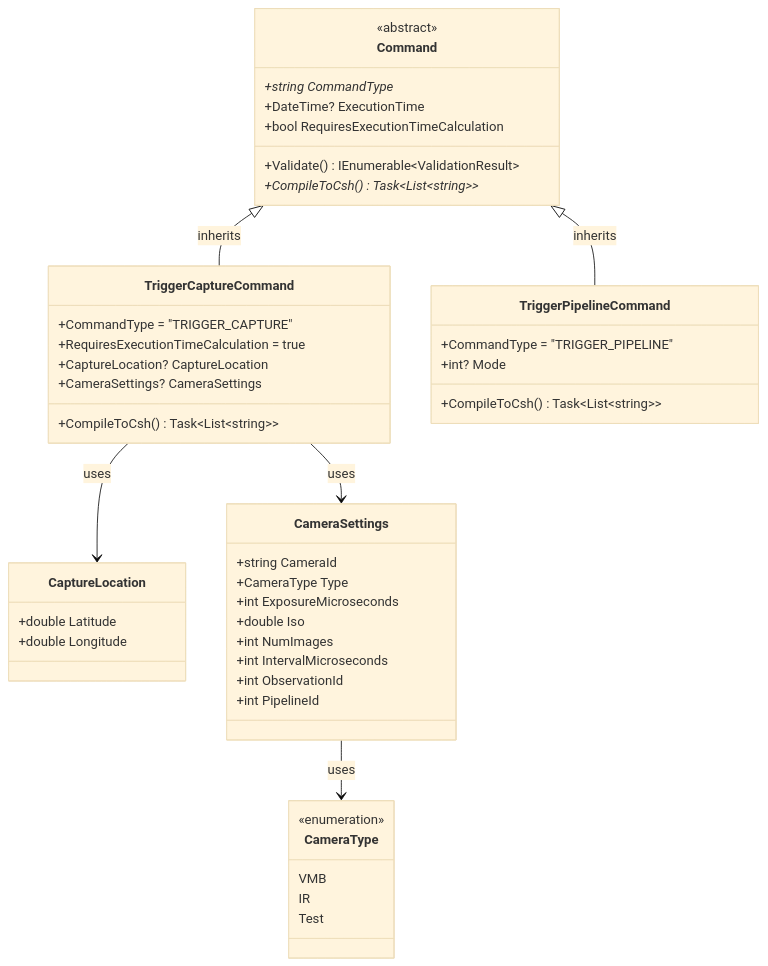
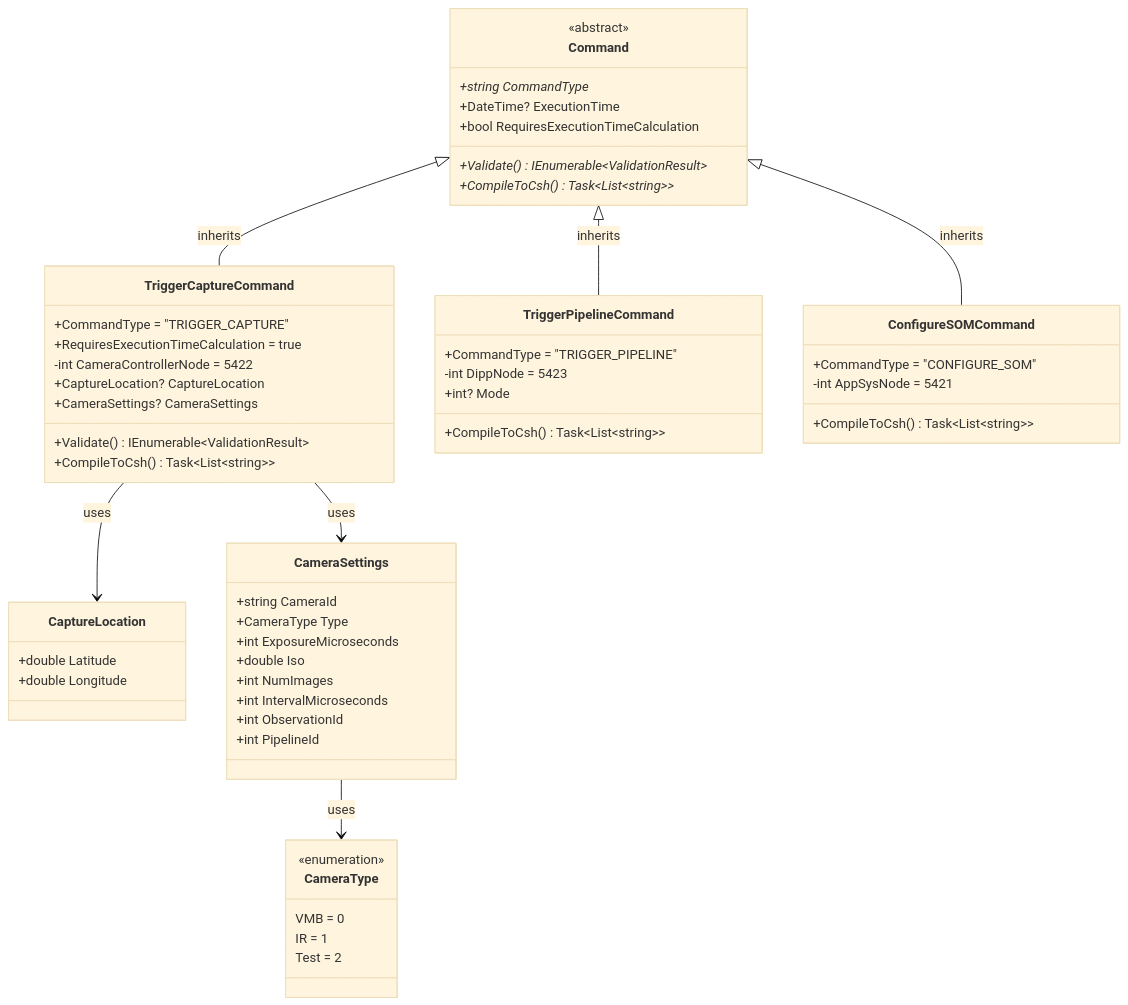
The diagram in diagrams/commandClassDiagram.mermaid (dietzy1/SatOps), drawn with Mermaid (base theme) before and after one commit. The commit also changed 6 other files, not shown here.

```diff
--- a/diagrams/commandClassDiagram.mermaid
+++ b/diagrams/commandClassDiagram.mermaid
@@ -1,52 +1,62 @@
 classDiagram
     class Command {
         <<abstract>>
         +string CommandType*
         +DateTime? ExecutionTime
         +bool RequiresExecutionTimeCalculation
-        +Validate() IEnumerable~ValidationResult~
+        +Validate() IEnumerable~ValidationResult~*
         +CompileToCsh()* Task~List~string~~
     }
 
     class TriggerCaptureCommand {
         +CommandType = "TRIGGER_CAPTURE"
         +RequiresExecutionTimeCalculation = true
+        -int CameraControllerNode = 5422
         +CaptureLocation? CaptureLocation
         +CameraSettings? CameraSettings
+        +Validate() IEnumerable~ValidationResult~
         +CompileToCsh() Task~List~string~~
     }
 
     class TriggerPipelineCommand {
         +CommandType = "TRIGGER_PIPELINE"
+        -int DippNode = 5423
         +int? Mode
+        +CompileToCsh() Task~List~string~~
+    }
+
+    class ConfigureSOMCommand {
+        +CommandType = "CONFIGURE_SOM"
+        -int AppSysNode = 5421
         +CompileToCsh() Task~List~string~~
     }
 
     class CaptureLocation {
         +double Latitude
         +double Longitude
     }
 
     class CameraSettings {
         +string CameraId
         +CameraType Type
         +int ExposureMicroseconds
         +double Iso
         +int NumImages
         +int IntervalMicroseconds
         +int ObservationId
         +int PipelineId
     }
 
     class CameraType {
         <<enumeration>>
-        VMB
-        IR
-        Test
+        VMB = 0
+        IR = 1
+        Test = 2
     }
 
     Command <|-- TriggerCaptureCommand : inherits
     Command <|-- TriggerPipelineCommand : inherits
+    Command <|-- ConfigureSOMCommand : inherits
     TriggerCaptureCommand --> CaptureLocation : uses
     TriggerCaptureCommand --> CameraSettings : uses
     CameraSettings --> CameraType : uses
```
